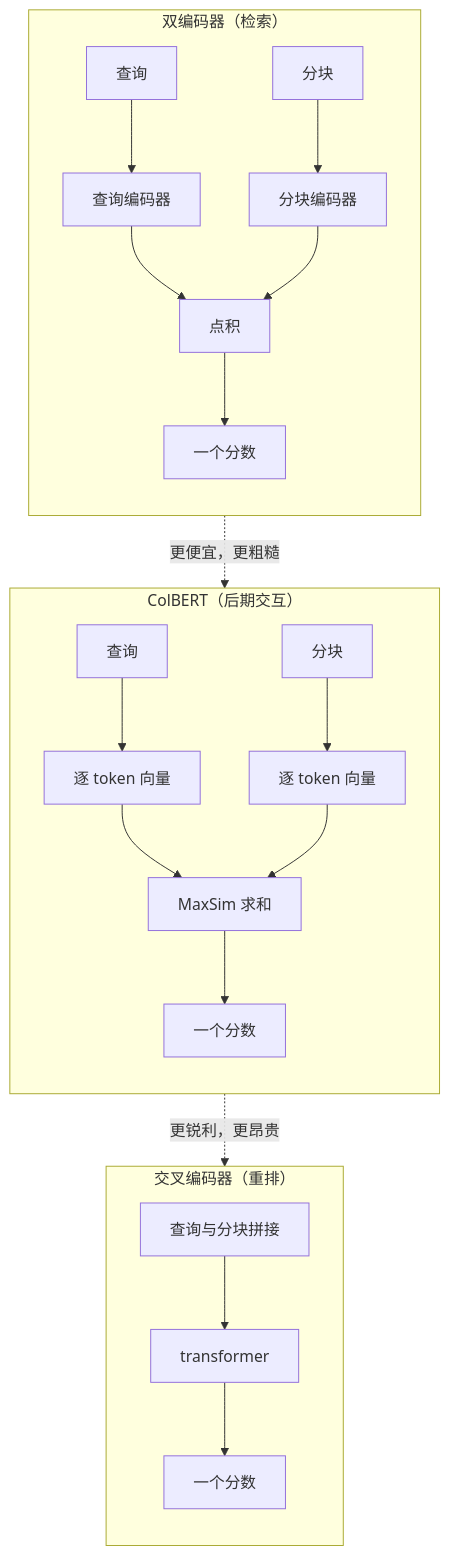
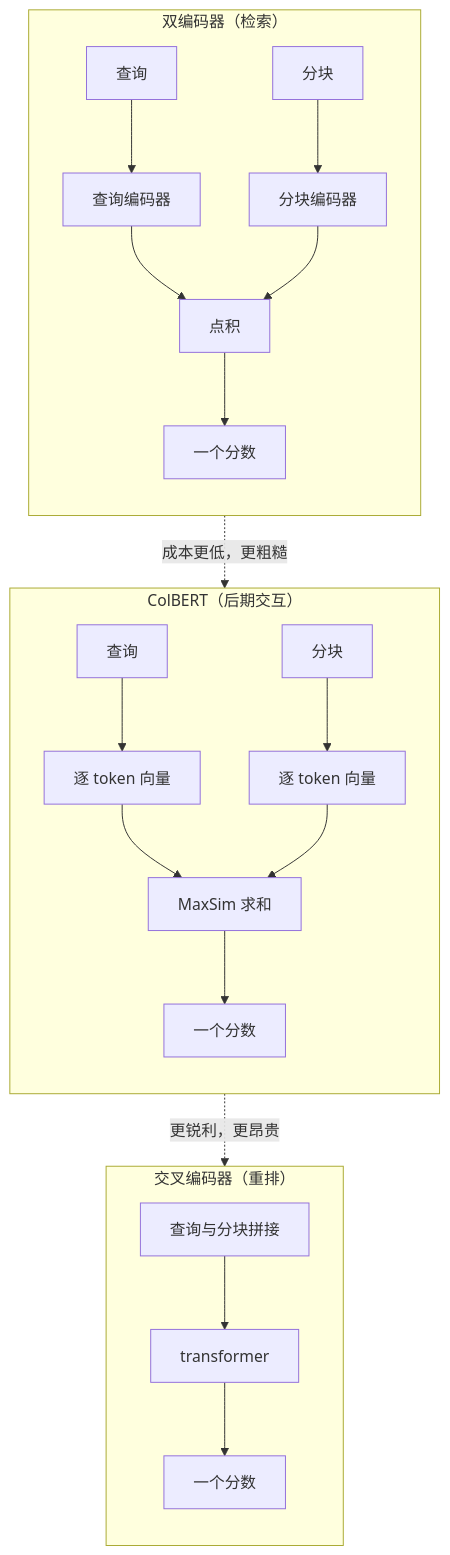
One commit to latere-ai/ai-as-an-infrastructure changed the first of 3 diagrams in zh/orchestration/06-rag-retrieval.qmd. Above: the diagram before and after it, drawn with Mermaid. The commit also changed other lines of this file and 27 other files, not shown here.

````diff
--- a/zh/orchestration/06-rag-retrieval.qmd
+++ b/zh/orchestration/06-rag-retrieval.qmd
@@ -73,28 +73,28 @@
 ```{mermaid}
 %%| label: fig-rag-interaction
-%%| fig-cap: "三种检索架构，按查询与分块交互的位置排列。双编码器只在最终的点积处让它们相遇，于是分块向量可以离线预计算，检索很廉价。交叉编码器在输入处就融合它们，精确，但必须逐对运行。ColBERT 保留逐词元向量，经 MaxSim 做后交互，介于两者之间。"
+%%| fig-cap: "三种检索架构，按查询与分块交互的位置排列。双编码器只在最终的点积处让它们相遇，于是分块向量可以离线预计算，检索成本低。交叉编码器在输入处就融合它们，精确，但必须逐对运行。ColBERT 保留逐词元向量，经 MaxSim 做后交互，介于两者之间。"
 flowchart TB
   subgraph BI["双编码器（检索）"]
     direction TB
     bq[查询] --> beq[查询编码器]
     bc[分块] --> bec[分块编码器]
     beq --> bdot["点积"]
     bec --> bdot
     bdot --> bs["一个分数"]
   end
   subgraph LATE["ColBERT（后期交互）"]
     direction TB
     lq[查询] --> leq[逐 token 向量]
     lc[分块] --> lec[逐 token 向量]
     leq --> lmax["MaxSim 求和"]
     lec --> lmax
     lmax --> ls["一个分数"]
   end
   subgraph CROSS["交叉编码器（重排）"]
     direction TB
     cqc["查询与分块拼接"] --> ctf[transformer]
     ctf --> cs["一个分数"]
   end
-  BI -.->|"更便宜，更粗糙"| LATE
+  BI -.->|"成本更低，更粗糙"| LATE
   LATE -.->|"更锐利，更昂贵"| CROSS
 ```
````
